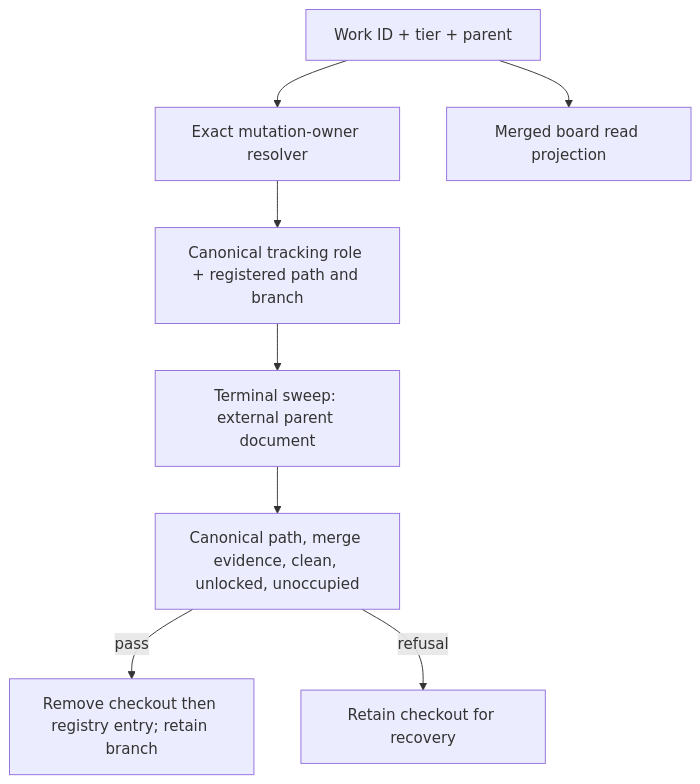
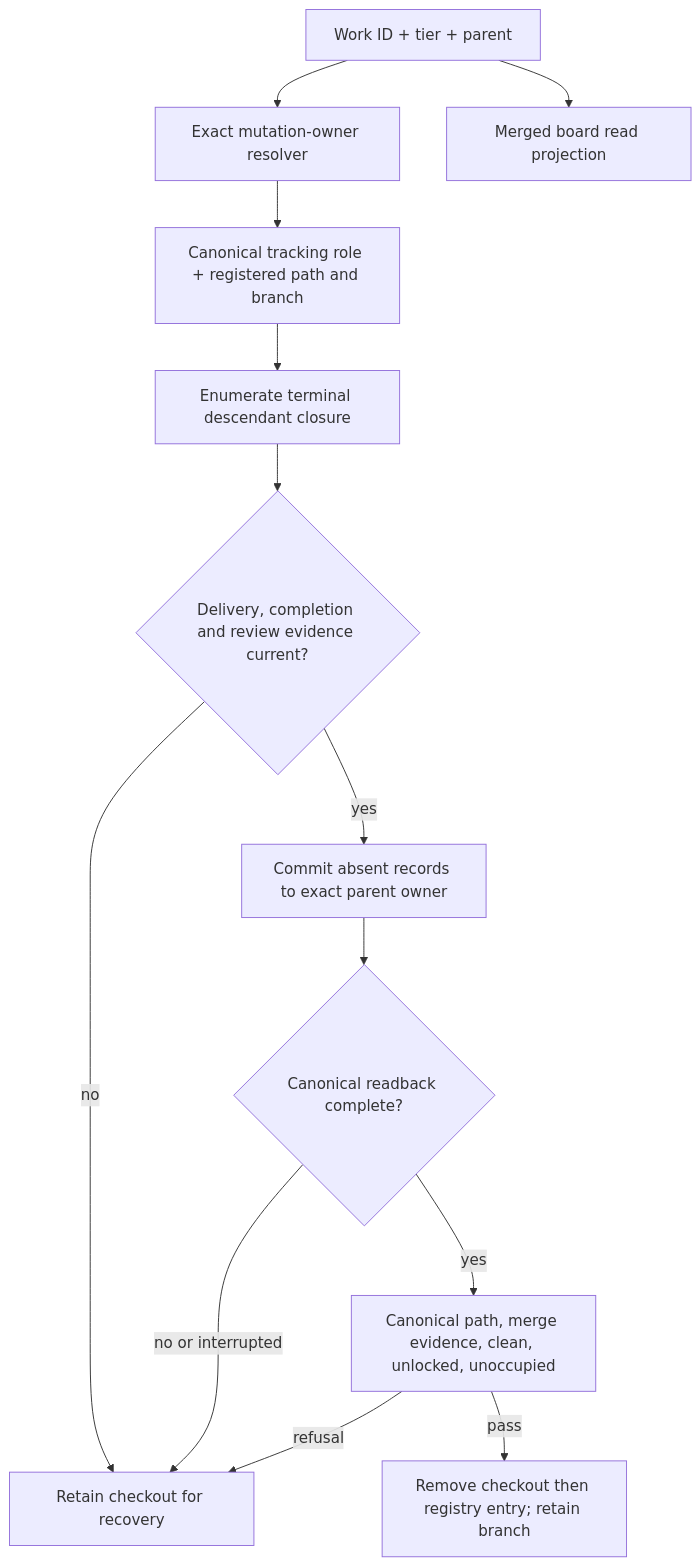
One commit to vincentc-b/CascadeCode changed the diagram in cascade/workspace/DESIGN.md. Above: the diagram before and after it, drawn with Mermaid. The commit also changed other lines of this file and 10 other files, not shown here.

First line of the commit message:
task/task_047_001_002: Preserve descendant terminal evidence before worktree retirement

````diff
--- a/cascade/workspace/DESIGN.md
+++ b/cascade/workspace/DESIGN.md
@@ -118,10 +126,15 @@
 ```mermaid
 flowchart TD
     ID[Work ID + tier + parent] --> Owner[Exact mutation-owner resolver]
     Owner --> Registry[Canonical tracking role + registered path and branch]
     ID --> Projection[Merged board read projection]
-    Registry --> Terminal[Terminal sweep: external parent document]
-    Terminal --> Gates[Canonical path, merge evidence, clean, unlocked, unoccupied]
+    Registry --> Terminal[Enumerate terminal descendant closure]
+    Terminal --> Evidence{Delivery, completion and review evidence current?}
+    Evidence -->|no| Retain
+    Evidence -->|yes| Persist[Commit absent records to exact parent owner]
+    Persist --> Readback{Canonical readback complete?}
+    Readback -->|no or interrupted| Retain
+    Readback -->|yes| Gates[Canonical path, merge evidence, clean, unlocked, unoccupied]
     Gates -->|pass| Remove[Remove checkout then registry entry; retain branch]
     Gates -->|refusal| Retain[Retain checkout for recovery]
 ```
````
